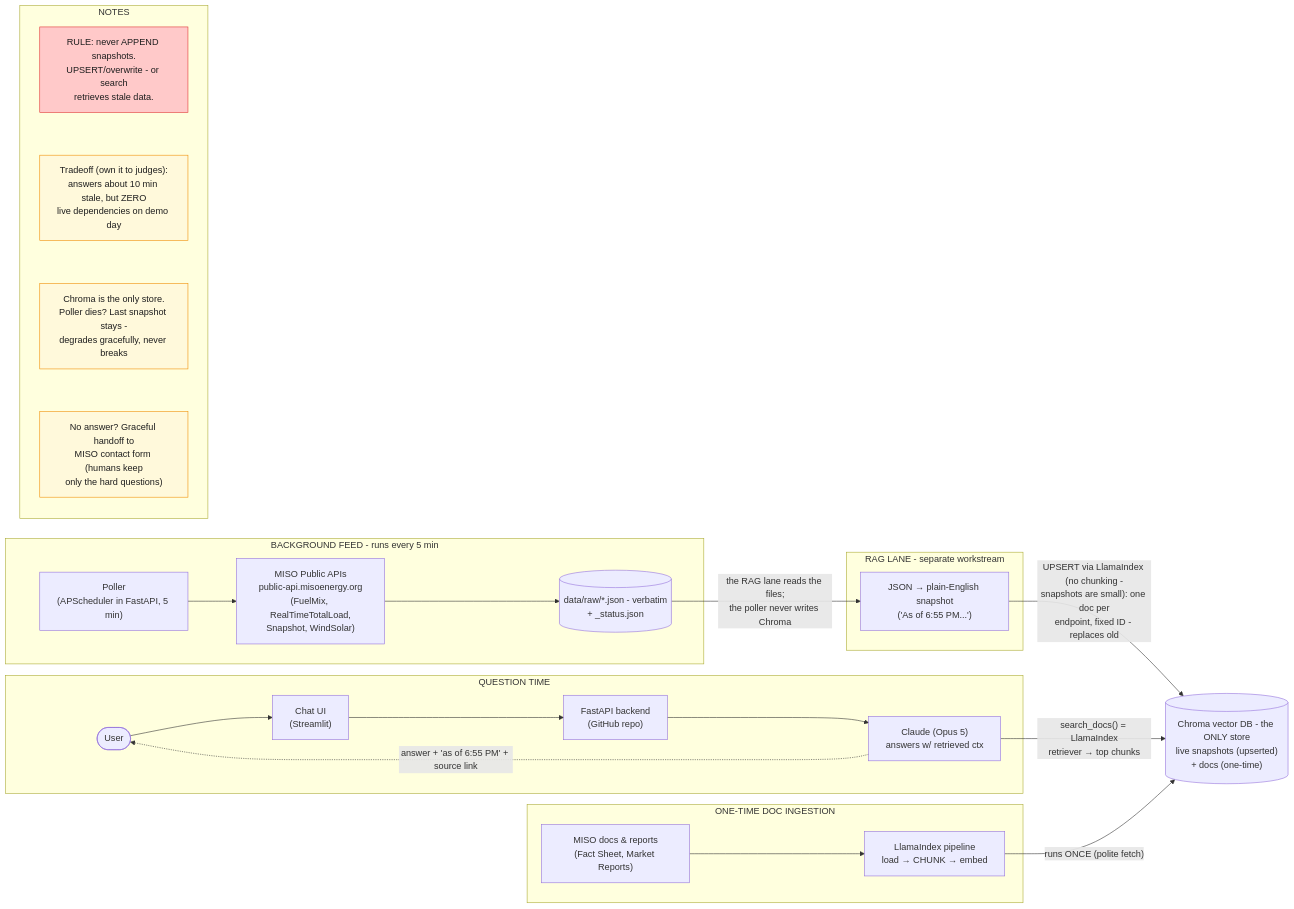
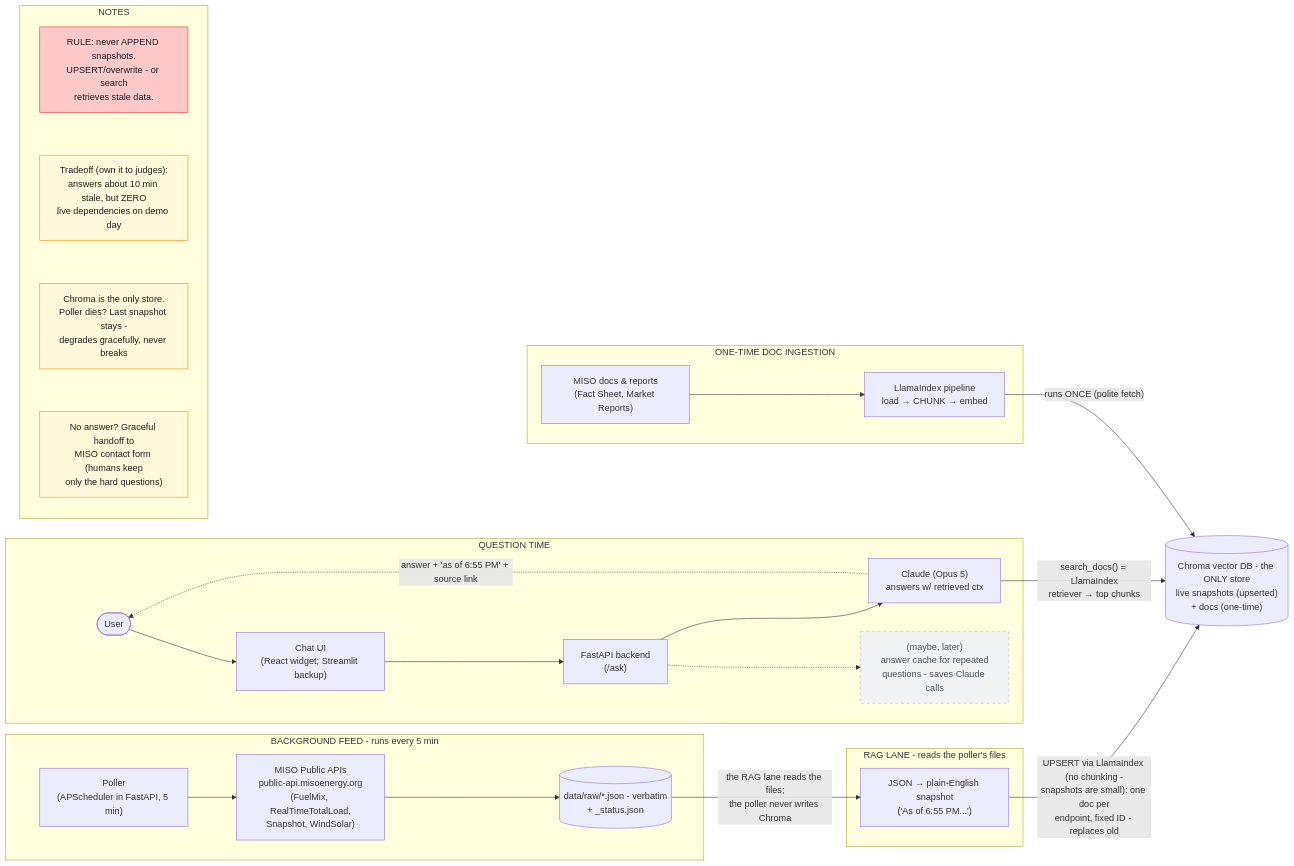
One commit to VanshBhardwaj1945/miso-copilot changed the diagram in README.md. Above: the diagram before and after it, drawn with Mermaid. The commit also changed other lines of this file and 2 other files, not shown here.

````diff
--- a/README.md
+++ b/README.md
@@ -10,38 +10,41 @@
 ```mermaid
 flowchart LR
     subgraph FEED["BACKGROUND FEED - runs every 5 min"]
         POLL["Poller<br/>(APScheduler in FastAPI, 5 min)"] --> MISOAPI["MISO Public APIs<br/>public-api.misoenergy.org<br/>(FuelMix, RealTimeTotalLoad,<br/>Snapshot, WindSolar)"]
         MISOAPI --> RAW[("data/raw/*.json - verbatim<br/>+ _status.json")]
     end
 
-    subgraph RAGLANE["RAG LANE - separate workstream"]
+    subgraph RAGLANE["RAG LANE - reads the poller's files"]
         SUMM["JSON → plain-English snapshot<br/>('As of 6:55 PM...')"]
     end
 
     subgraph ASK["QUESTION TIME"]
-        USER(["User"]) --> UI["Chat UI<br/>(Streamlit)"]
-        UI --> API["FastAPI backend<br/>(GitHub repo)"]
+        USER(["User"]) --> UI["Chat UI<br/>(React widget; Streamlit backup)"]
+        UI --> API["FastAPI backend<br/>(/ask)"]
         API --> CLAUDE["Claude (Opus 5)<br/>answers w/ retrieved ctx"]
+        CACHE["(maybe, later)<br/>answer cache for repeated<br/>questions - saves Claude calls"]:::maybe
+        API -.-> CACHE
     end
 
     subgraph INGEST["ONE-TIME DOC INGESTION"]
         DOCS["MISO docs & reports<br/>(Fact Sheet, Market Reports)"] --> LI["LlamaIndex pipeline<br/>load → CHUNK → embed"]
     end
 
     DB[("Chroma vector DB - the ONLY store<br/>live snapshots (upserted)<br/>+ docs (one-time)")]
 
     RAW -- "the RAG lane reads the files;<br/>the poller never writes Chroma" --> SUMM
     SUMM -- "UPSERT via LlamaIndex (no chunking -<br/>snapshots are small): one doc per<br/>endpoint, fixed ID - replaces old" --> DB
     CLAUDE -- "search_docs() = LlamaIndex<br/>retriever → top chunks" --> DB
     LI -- "runs ONCE (polite fetch)" --> DB
     CLAUDE -. "answer + 'as of 6:55 PM' + source link" .-> USER
 
     subgraph NOTES["NOTES"]
         N1["RULE: never APPEND snapshots.<br/>UPSERT/overwrite - or search<br/>retrieves stale data."] ~~~ N2["Tradeoff (own it to judges):<br/>answers about 10 min stale, but ZERO<br/>live dependencies on demo day"] ~~~ N3["Chroma is the only store.<br/>Poller dies? Last snapshot stays -<br/>degrades gracefully, never breaks"] ~~~ N4["No answer? Graceful handoff to<br/>MISO contact form (humans keep<br/>only the hard questions)"]
     end
 
     classDef note fill:#fff9db,stroke:#f08c00,color:#1e1e1e
     classDef rule fill:#ffc9c9,stroke:#e03131,color:#1e1e1e
+    classDef maybe fill:#f1f3f5,stroke:#adb5bd,color:#495057,stroke-dasharray: 5 5
     class N2,N3,N4 note
     class N1 rule
 ```
````
